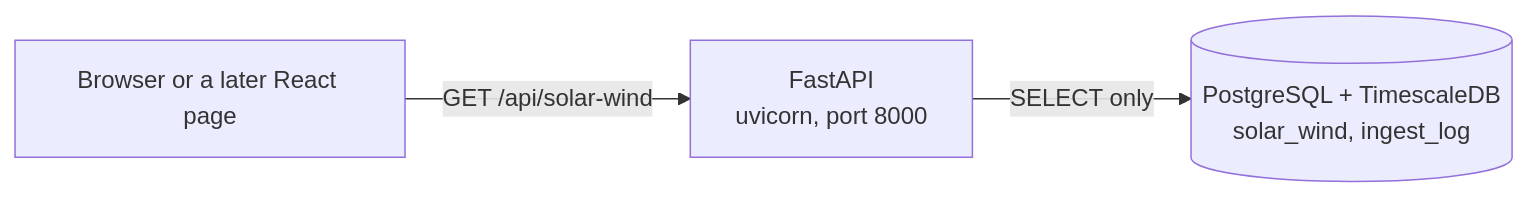
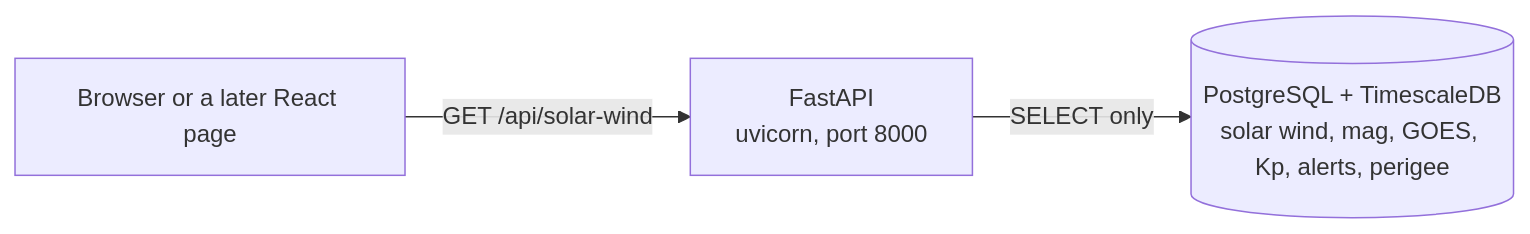
One commit to howardisaacson/tachocline-industries changed the diagram in docs/about/api.md. Above: the diagram before and after it, drawn with Mermaid. The commit also changed other lines of this file and 9 other files, not shown here.

First line of the commit message:
Expose mag, GOES, Kp, alerts, and perigee on the API

````diff
--- a/docs/about/api.md
+++ b/docs/about/api.md
@@ -34,5 +40,5 @@
 ```mermaid
 flowchart LR
     CLIENT["Browser or a later React page"] -->|"GET /api/solar-wind"| API["FastAPI<br/>uvicorn, port 8000"]
-    API -->|SELECT only| DB[("PostgreSQL + TimescaleDB<br/>solar_wind, ingest_log")]
+    API -->|SELECT only| DB[("PostgreSQL + TimescaleDB<br/>solar wind, mag, GOES, Kp, alerts, perigee")]
 ```
````
